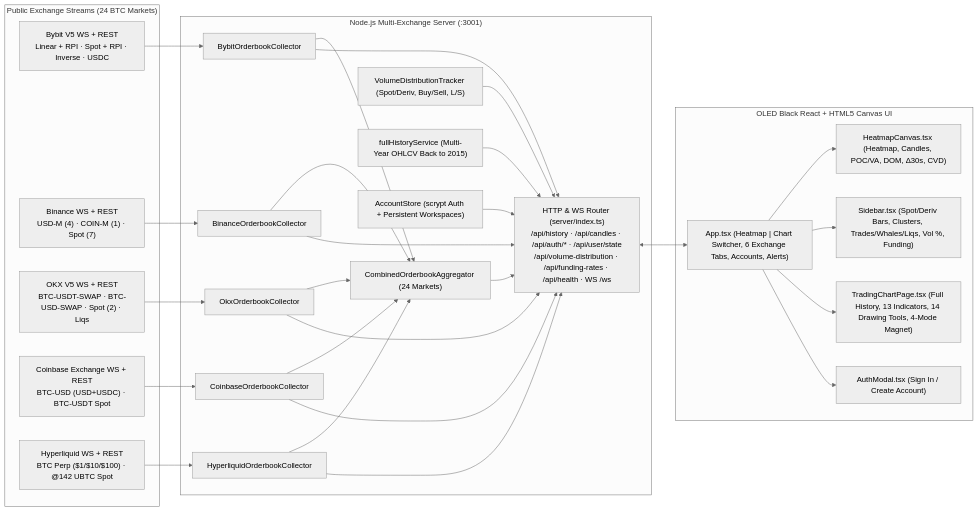
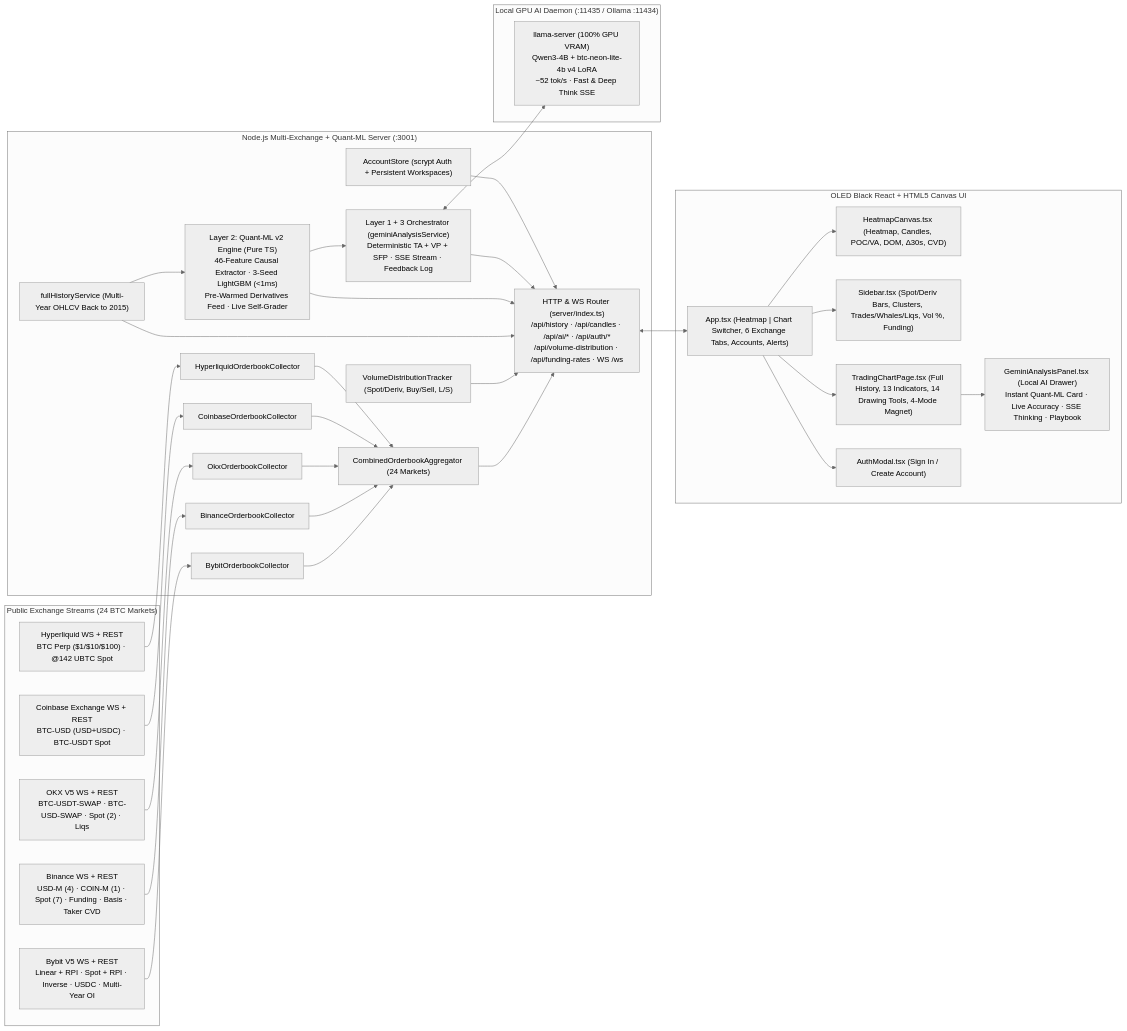
Before and after one commit to mytechs/BTC-Orderbook-Heatmap-and-Charting: the diagram in README.md, drawn with Mermaid (neutral theme). The commit also changed other lines of this file and 30 other files, not shown here.

Commit message:
feat: add 3-layer local Quant-ML v2 (46-feature LightGBM) + GPU btc-neon-lite-4b v4 AI stack

````diff
--- a/README.md
+++ b/README.md
@@ -18,57 +18,65 @@
 ```mermaid
 flowchart LR
   subgraph Exchanges["Public Exchange Streams (24 BTC Markets)"]
-    BYB["Bybit V5 WS + REST\nLinear + RPI · Spot + RPI · Inverse · USDC"]
-    BIN["Binance WS + REST\nUSD-M (4) · COIN-M (1) · Spot (7)"]
+    BYB["Bybit V5 WS + REST\nLinear + RPI · Spot + RPI · Inverse · USDC · Multi-Year OI"]
+    BIN["Binance WS + REST\nUSD-M (4) · COIN-M (1) · Spot (7) · Funding · Basis · Taker CVD"]
     OKX["OKX V5 WS + REST\nBTC-USDT-SWAP · BTC-USD-SWAP · Spot (2) · Liqs"]
     CB["Coinbase Exchange WS + REST\nBTC-USD (USD+USDC) · BTC-USDT Spot"]
     HL["Hyperliquid WS + REST\nBTC Perp ($1/$10/$100) · @142 UBTC Spot"]
   end
 
-  subgraph Server["Node.js Multi-Exchange Server (:3001)"]
+  subgraph Server["Node.js Multi-Exchange + Quant-ML Server (:3001)"]
     BCOL["BybitOrderbookCollector"]
     NCOL["BinanceOrderbookCollector"]
     OCOL["OkxOrderbookCollector"]
     CBCOL["CoinbaseOrderbookCollector"]
     HLCOL["HyperliquidOrderbookCollector"]
     CCOL["CombinedOrderbookAggregator (24 Markets)"]
     VTRK["VolumeDistributionTracker (Spot/Deriv, Buy/Sell, L/S)"]
     HIST["fullHistoryService (Multi-Year OHLCV Back to 2015)"]
+    ML["Layer 2: Quant-ML v2 Engine (Pure TS)\n46-Feature Causal Extractor · 3-Seed LightGBM (<1ms)\nPre-Warmed Derivatives Feed · Live Self-Grader"]
+    AI["Layer 1 + 3 Orchestrator (geminiAnalysisService)\nDeterministic TA + VP + SFP · SSE Stream · Feedback Log"]
     AUTH["AccountStore (scrypt Auth + Persistent Workspaces)"]
-    HTTP["HTTP & WS Router (server/index.ts)\n/api/history · /api/candles · /api/auth/* · /api/user/state\n/api/volume-distribution · /api/funding-rates · /api/health · WS /ws"]
+    HTTP["HTTP & WS Router (server/index.ts)\n/api/history · /api/candles · /api/ai/* · /api/auth/*\n/api/volume-distribution · /api/funding-rates · WS /ws"]
 
     BCOL --> CCOL
     NCOL --> CCOL
     OCOL --> CCOL
     CBCOL --> CCOL
     HLCOL --> CCOL
-    BCOL --> HTTP
-    NCOL --> HTTP
-    OCOL --> HTTP
-    CBCOL --> HTTP
-    HLCOL --> HTTP
     CCOL --> HTTP
     VTRK --> HTTP
     HIST --> HTTP
+    HIST --> ML
+    ML --> AI
+    ML --> HTTP
+    AI --> HTTP
     AUTH --> HTTP
+  end
+
+  subgraph LocalGPU["Local GPU AI Daemon (:11435 / Ollama :11434)"]
+    LLM["llama-server (100% GPU VRAM)\nQwen3-4B + btc-neon-lite-4b v4 LoRA\n~52 tok/s · Fast & Deep Think SSE"]
   end
 
   subgraph Client["OLED Black React + HTML5 Canvas UI"]
     APP["App.tsx (Heatmap | Chart Switcher, 6 Exchange Tabs, Accounts, Alerts)"]
     CANVAS["HeatmapCanvas.tsx (Heatmap, Candles, POC/VA, DOM, Δ30s, CVD)"]
     SIDE["Sidebar.tsx (Spot/Deriv Bars, Clusters, Trades/Whales/Liqs, Vol %, Funding)"]
     CHART["TradingChartPage.tsx (Full History, 13 Indicators, 14 Drawing Tools, 4-Mode Magnet)"]
+    AIPANEL["GeminiAnalysisPanel.tsx (Local AI Drawer)\nInstant Quant-ML Card · Live Accuracy · SSE Thinking · Playbook"]
     MODAL["AuthModal.tsx (Sign In / Create Account)"]
     APP --> CANVAS
     APP --> SIDE
     APP --> CHART
+    CHART --> AIPANEL
     APP --> MODAL
   end
 
   BYB --> BCOL
   BIN --> NCOL
   OKX --> OCOL
   CB --> CBCOL
   HL --> HLCOL
+  AI <--> LLM
   HTTP <--> APP
 ```
````
